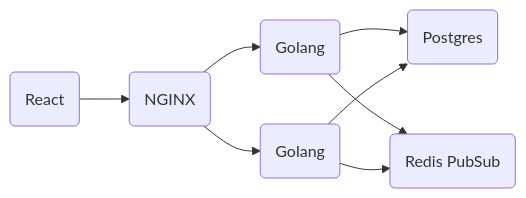
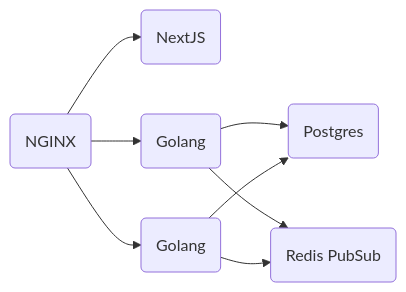
Before and after one commit to Dmitry-Ship/go-chat: the diagram in README.md, drawn with Mermaid.

````diff
--- a/README.md
+++ b/README.md
@@ -26,10 +26,10 @@
 ```mermaid
 graph LR
-    a(React) --> B(NGINX)
-    B --> C(Golang)
-    B --> D(Golang)
+    A(NGINX) --> B(NextJS)
+    A --> C(Golang)
+    A --> D(Golang)
     C --> E(Postgres)
     D --> E
     C --> F(Redis PubSub)
     D --> F
 ```
````
